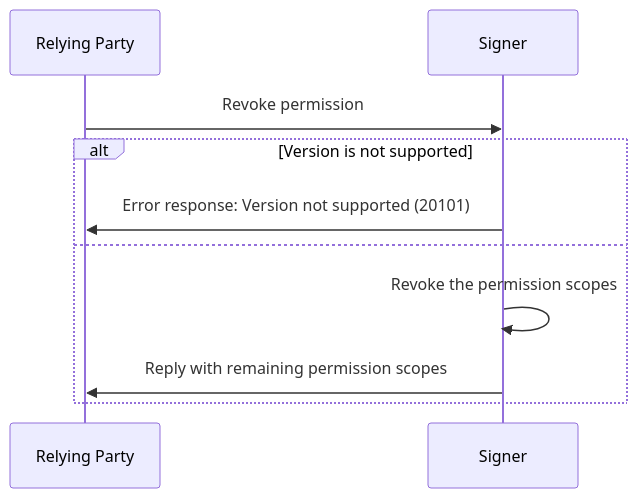
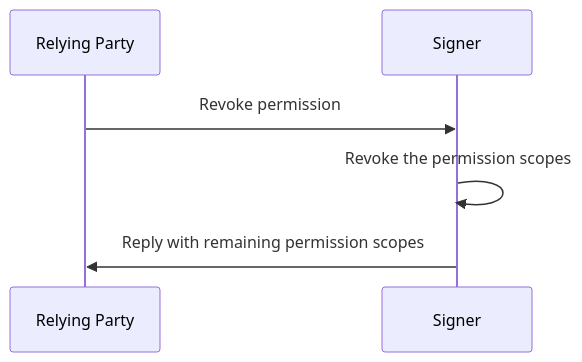
The third of 4 diagrams in topics/icrc_25_signer_interaction_standard.md (dfinity/wg-identity-authentication), drawn with Mermaid before and after one commit. The commit also changed other lines of this file, not shown here.

First line of the commit message:
ICRC-25: Drop version and simplify errors

````diff
--- a/topics/icrc_25_signer_interaction_standard.md
+++ b/topics/icrc_25_signer_interaction_standard.md
@@ -362,13 +321,9 @@
 ```mermaid
 sequenceDiagram
     participant RP as Relying Party
     participant S as Signer
 
     RP ->> S: Revoke permission
-    alt Version is not supported
-        S ->> RP: Error response: Version not supported (20101)
-    else
-        S ->> S: Revoke the permission scopes
-        S ->> RP: Reply with remaining permission scopes
-    end
+    S ->> S: Revoke the permission scopes
+    S ->> RP: Reply with remaining permission scopes
 ```
````
